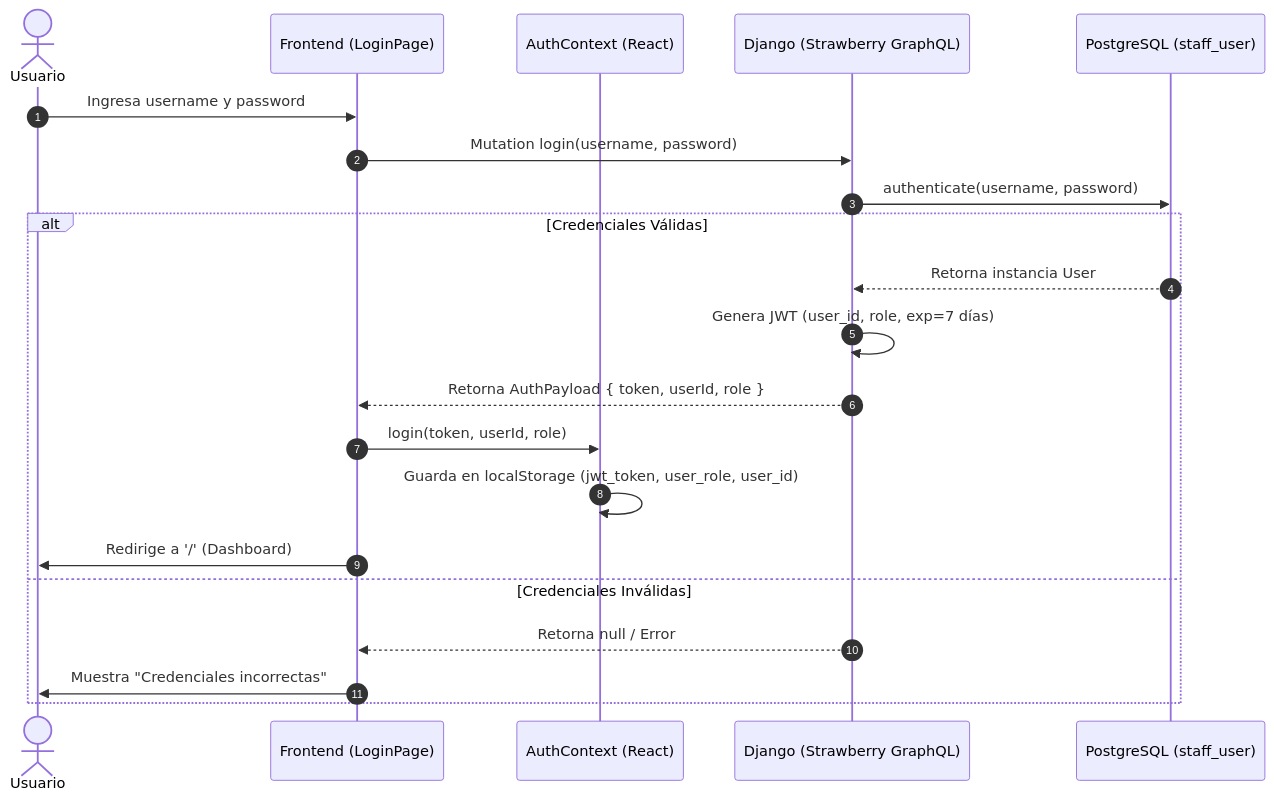
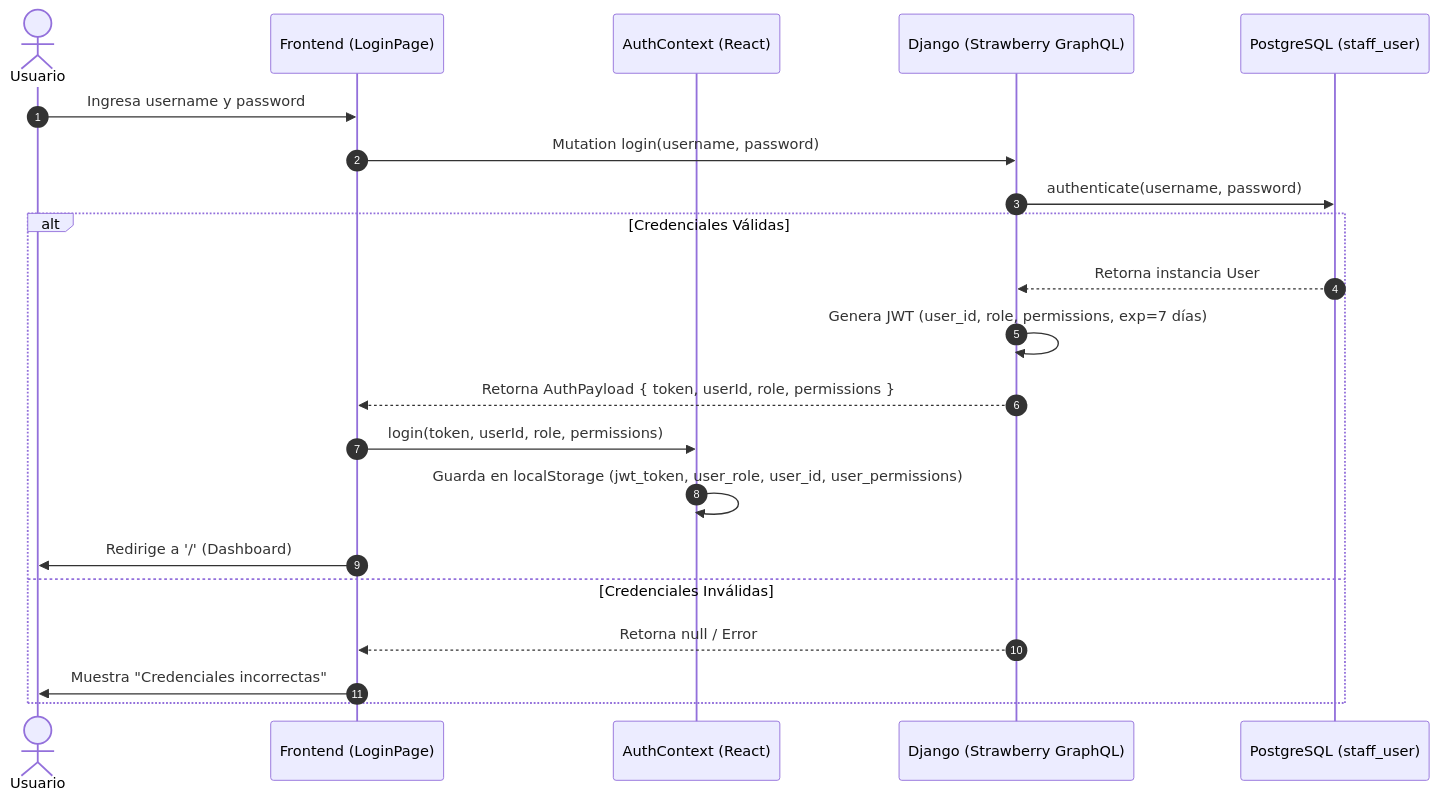
The second of 2 diagrams in Docs/02_ARQUITECTURA_Y_TECNOLOGIAS.md (AireyuC/proyectoPF), drawn with Mermaid before and after one commit. The commit also changed other lines of this file and 15 other files, not shown here.

````diff
--- a/Docs/02_ARQUITECTURA_Y_TECNOLOGIAS.md
+++ b/Docs/02_ARQUITECTURA_Y_TECNOLOGIAS.md
@@ -79,24 +89,24 @@
 ```mermaid
 sequenceDiagram
     autonumber
     actor Usuario
     participant Frontend as Frontend (LoginPage)
     participant AuthContext as AuthContext (React)
     participant GraphQL as Django (Strawberry GraphQL)
     participant DB as PostgreSQL (staff_user)
 
     Usuario->>Frontend: Ingresa username y password
     Frontend->>GraphQL: Mutation login(username, password)
     GraphQL->>DB: authenticate(username, password)
     alt Credenciales Válidas
         DB-->>GraphQL: Retorna instancia User
-        GraphQL->>GraphQL: Genera JWT (user_id, role, exp=7 días)
-        GraphQL-->>Frontend: Retorna AuthPayload { token, userId, role }
-        Frontend->>AuthContext: login(token, userId, role)
-        AuthContext->>AuthContext: Guarda en localStorage (jwt_token, user_role, user_id)
+        GraphQL->>GraphQL: Genera JWT (user_id, role, permissions, exp=7 días)
+        GraphQL-->>Frontend: Retorna AuthPayload { token, userId, role, permissions }
+        Frontend->>AuthContext: login(token, userId, role, permissions)
+        AuthContext->>AuthContext: Guarda en localStorage (jwt_token, user_role, user_id, user_permissions)
         Frontend->>Usuario: Redirige a '/' (Dashboard)
     else Credenciales Inválidas
         GraphQL-->>Frontend: Retorna null / Error
         Frontend->>Usuario: Muestra "Credenciales incorrectas"
     end
 ```
````
